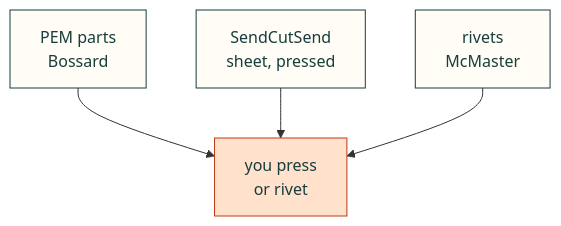
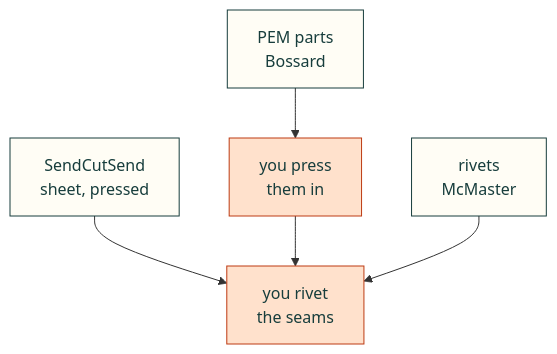
The second of 2 diagrams in docs/sheet-metal-hardware.md (Valpatel/cad-agent), drawn with Mermaid before and after one commit. The commit also changed other lines of this file and 2 other files, not shown here.

Commit message:
Sheet hardware: the skill's worked example runs all six steps; the where-to-buy arrow (#283)
Follow-up to #304's review nits: feature_to_bend, channel_base_mm and
choose_rivet for the 1.6 + 1.6 mm stack in the skill's example; a shop-pressed
part only needs riveting in the page's diagram.

````diff
--- a/docs/sheet-metal-hardware.md
+++ b/docs/sheet-metal-hardware.md
@@ -67,10 +67,11 @@
 ```mermaid
 flowchart TD
-    P["PEM parts<br/>Bossard"] --> Y["you press<br/>or rivet"]
-    S["SendCutSend<br/>sheet, pressed"] --> Y
+    P["PEM parts<br/>Bossard"] --> X["you press<br/>them in"]
+    S["SendCutSend<br/>sheet, pressed"] --> Y["you rivet<br/>the seams"]
+    X --> Y
     R["rivets<br/>McMaster"] --> Y
     classDef here fill:#fffdf5,stroke:#173d3c,color:#173d3c
     classDef out fill:#ffe1cc,stroke:#bd3a12,color:#173d3c
     class P,S,R here
-    class Y out
+    class X,Y out
 ```
````
